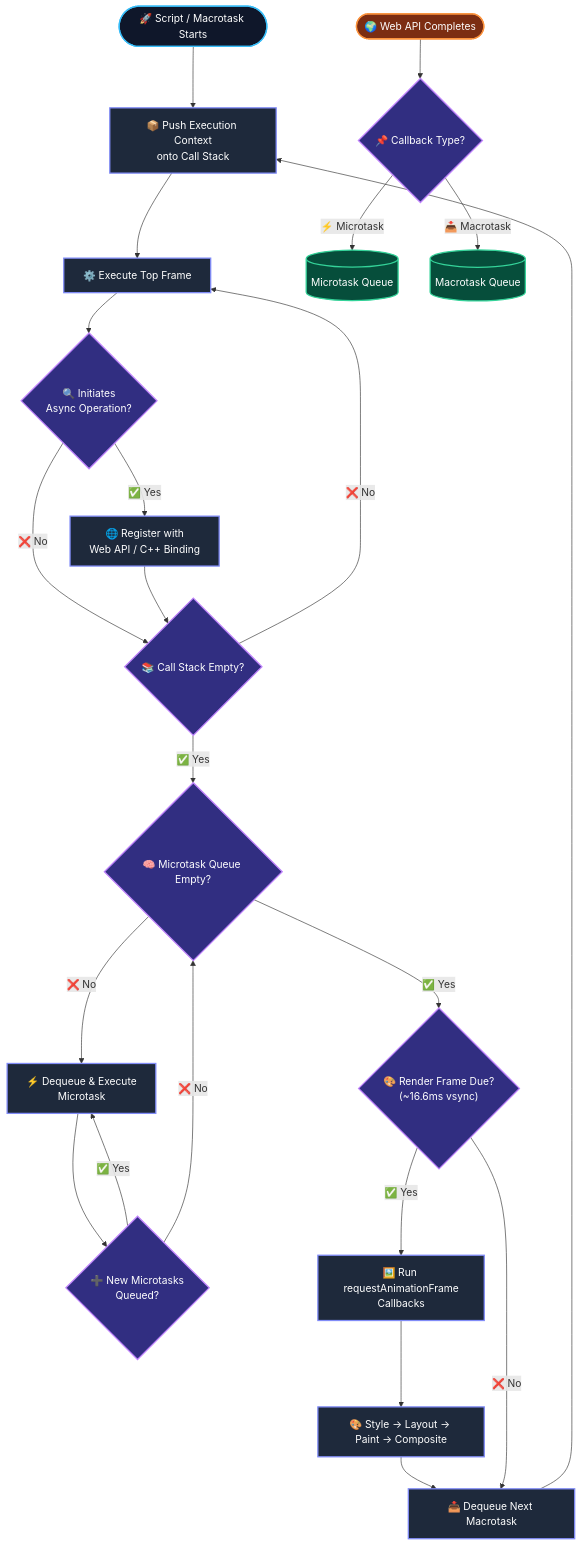
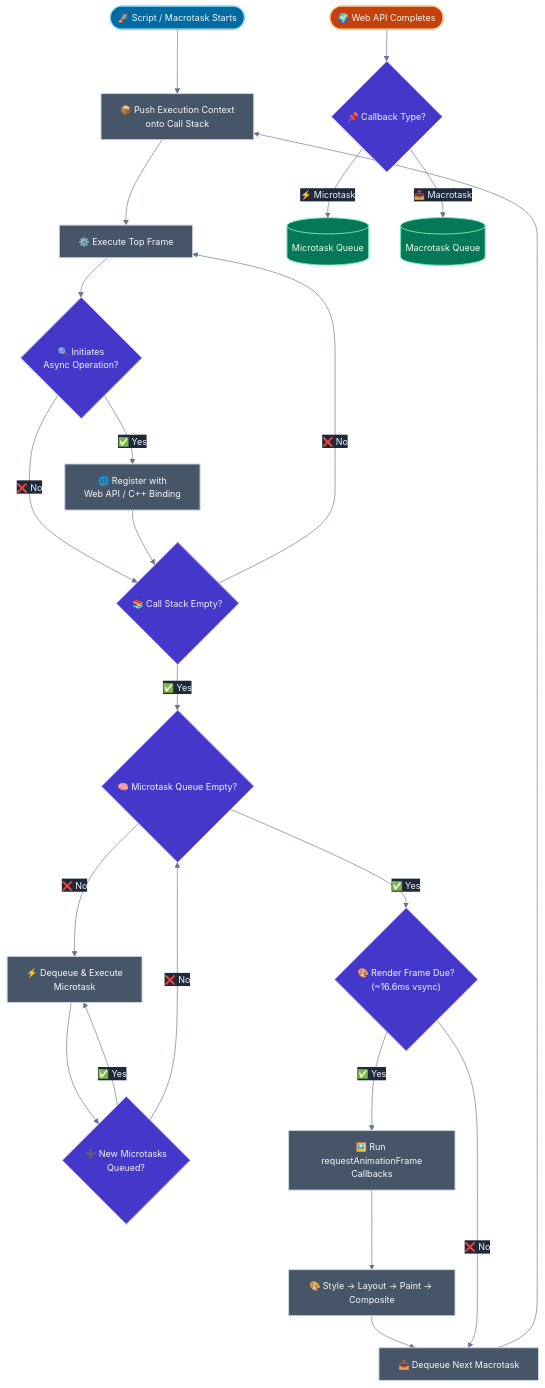
Before and after one commit to vinayakhumberi/litmus: the first of 2 diagrams in data/topics/event-loop-microtasks-macrotasks.md, drawn with Mermaid. The commit also changed 1 other file, not shown here.

Commit message:
Fixes for existing files

````diff
--- a/data/topics/event-loop-microtasks-macrotasks.md
+++ b/data/topics/event-loop-microtasks-macrotasks.md
@@ -151,63 +151,64 @@
 ```mermaid
+%%{init: {"theme": "base", "themeVariables": {"background":"transparent","primaryColor":"#334155","primaryTextColor":"#f1f5f9","primaryBorderColor":"#64748b","lineColor":"#64748b","edgeLabelBackground":"#1e293b","textColor":"#f1f5f9","clusterBkg":"#1e293b","clusterBorder":"#475569","fontFamily":"\"Plus Jakarta Sans\", sans-serif","fontSize":"14px"}}}%%
    flowchart TD
     %% ===== Main Loop =====
     A(["🚀 Script / Macrotask Starts"])
         --> B["📦 Push Execution Context<br/>onto Call Stack"]
 
     B --> C["⚙️ Execute Top Frame"]
 
     C --> D{"🔍 Initiates<br/>Async Operation?"}
 
     D -- "✅ Yes" --> E["🌐 Register with<br/>Web API / C++ Binding"]
 
     D -- "❌ No" --> F{"📚 Call Stack Empty?"}
 
     E --> F
 
     F -- "❌ No" --> C
 
     %% ===== Microtask Phase =====
     F -- "✅ Yes" --> G{"🧠 Microtask Queue Empty?"}
 
     G -- "❌ No" --> H["⚡ Dequeue & Execute<br/>Microtask"]
 
     H --> I{"➕ New Microtasks<br/>Queued?"}
 
     I -- "✅ Yes" --> H
     I -- "❌ No" --> G
 
     %% ===== Render Phase =====
     G -- "✅ Yes" --> J{"🎨 Render Frame Due?<br/>(~16.6ms vsync)"}
 
     J -- "✅ Yes" --> K["🖼️ Run requestAnimationFrame<br/>Callbacks"]
 
     K --> L["🎨 Style → Layout → Paint → Composite"]
 
     %% ===== Next Task =====
     L --> M["📥 Dequeue Next Macrotask"]
 
     J -- "❌ No" --> M
 
     M --> B
 
     %% ===== Async Completion =====
     WA(["🌍 Web API Completes"])
         --> N{"📌 Callback Type?"}
 
     N -- "⚡ Microtask" --> O[("Microtask Queue")]
     N -- "📥 Macrotask" --> P[("Macrotask Queue")]
 
     %% ===== Styles =====
-    classDef start fill:#0f172a,stroke:#38bdf8,color:#ffffff,stroke-width:2px;
-    classDef process fill:#1e293b,stroke:#818cf8,color:#ffffff,stroke-width:2px;
-    classDef decision fill:#312e81,stroke:#c084fc,color:#ffffff,stroke-width:2px;
-    classDef queue fill:#064e3b,stroke:#34d399,color:#ffffff,stroke-width:2px;
-    classDef render fill:#4c1d95,stroke:#f472b6,color:#ffffff,stroke-width:2px;
-    classDef async fill:#7c2d12,stroke:#fb923c,color:#ffffff,stroke-width:2px;
+    classDef start fill:#0369a1,stroke:#7dd3fc,color:#f0f9ff,stroke-width:1.5px;
+    classDef process fill:#475569,stroke:#cbd5e1,color:#f8fafc,stroke-width:1.5px;
+    classDef decision fill:#4338ca,stroke:#c4b5fd,color:#f5f3ff,stroke-width:1.5px;
+    classDef queue fill:#047857,stroke:#6ee7b7,color:#ecfdf5,stroke-width:1.5px;
+    classDef render fill:#6d28d9,stroke:#f9a8d4,color:#fdf4ff,stroke-width:1.5px;
+    classDef async fill:#c2410c,stroke:#fdba74,color:#fff7ed,stroke-width:1.5px;
 
     class A start;
     class B,C,E,H,K,L,M process;
     class D,F,G,I,J,N decision;
     class O,P queue;
     class WA async;
 ```
````
